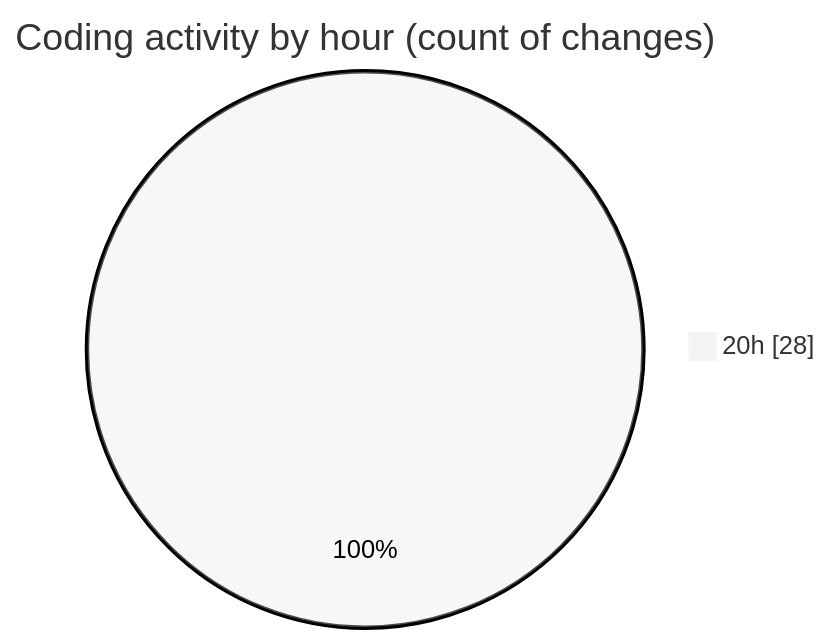
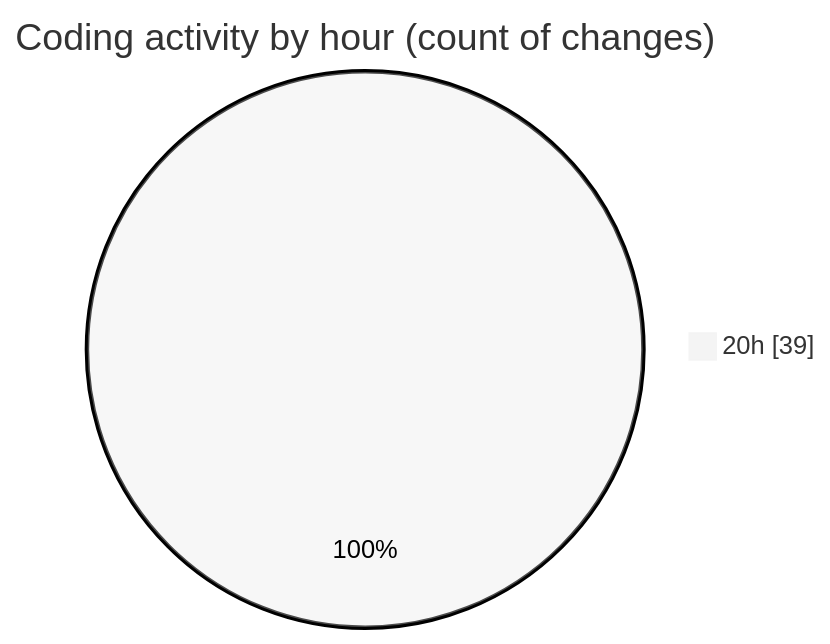
The second of 2 diagrams in 2025-03-24/back-end/README.md (Netris89/code-tracking), drawn with Mermaid (neutral theme) before and after one commit. The commit also changed other lines of this file and 1 other file, not shown here.

````diff
--- a/2025-03-24/back-end/README.md
+++ b/2025-03-24/back-end/README.md
@@ -30,5 +33,5 @@
 ```mermaid
 pie showData
 title Coding activity by hour (count of changes)
-"20h" : 28
+"20h" : 39
 ```
````
